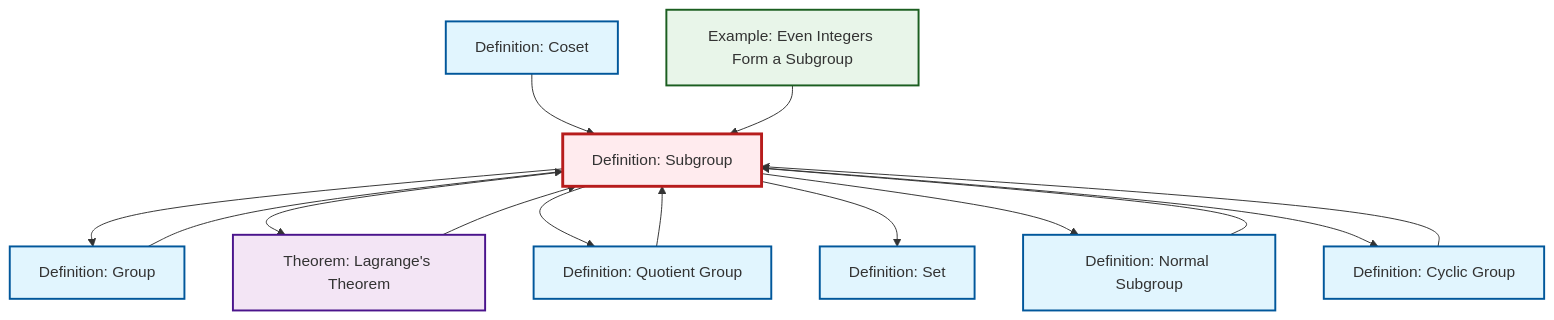
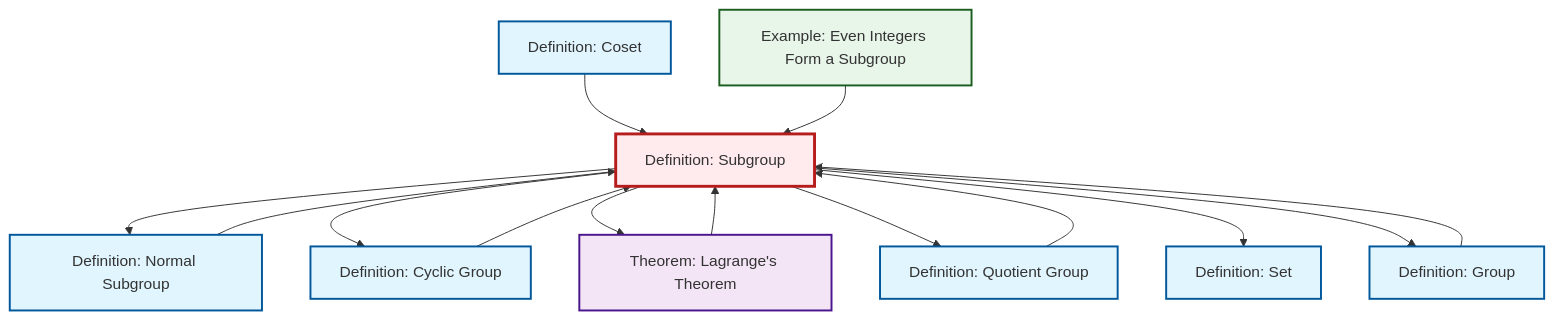
The diagram in content/ja/algebra/def-subgroup.qmd (RK0429/ModernMath), drawn with Mermaid before and after one commit. The commit also changed other lines of this file and 434 other files, not shown here.

````diff
--- a/content/ja/algebra/def-subgroup.qmd
+++ b/content/ja/algebra/def-subgroup.qmd
@@ -53,40 +53,40 @@
 ```{mermaid}
 %%| fig-cap: "Local dependency graph"
 graph TD
     classDef definition fill:#e1f5fe,stroke:#01579b,stroke-width:2px
     classDef theorem fill:#f3e5f5,stroke:#4a148c,stroke-width:2px
     classDef axiom fill:#fff3e0,stroke:#e65100,stroke-width:2px
     classDef example fill:#e8f5e9,stroke:#1b5e20,stroke-width:2px
     classDef current fill:#ffebee,stroke:#b71c1c,stroke-width:3px
+    def-set["Definition: Set"]:::definition
+    def-coset["Definition: Coset"]:::definition
+    def-group["Definition: Group"]:::definition
+    def-normal-subgroup["Definition: Normal Subgroup"]:::definition
+    def-quotient-group["Definition: Quotient Group"]:::definition
+    thm-lagrange["Theorem: Lagrange's Theorem"]:::theorem
     ex-even-integers-subgroup["Example: Even Integers Form a Subgroup"]:::example
     def-cyclic-group["Definition: Cyclic Group"]:::definition
-    def-coset["Definition: Coset"]:::definition
-    def-normal-subgroup["Definition: Normal Subgroup"]:::definition
-    def-quotient-group["Definition: Quotient Group"]:::definition
     def-subgroup["Definition: Subgroup"]:::definition
-    def-group["Definition: Group"]:::definition
-    def-set["Definition: Set"]:::definition
-    thm-lagrange["Theorem: Lagrange's Theorem"]:::theorem
+    def-subgroup --> def-normal-subgroup
     def-coset --> def-subgroup
+    def-subgroup --> def-cyclic-group
+    def-group --> def-subgroup
+    def-cyclic-group --> def-subgroup
+    def-subgroup --> thm-lagrange
     thm-lagrange --> def-subgroup
-    def-group --> def-subgroup
+    def-quotient-group --> def-subgroup
+    def-normal-subgroup --> def-subgroup
+    def-subgroup --> def-quotient-group
+    ex-even-integers-subgroup --> def-subgroup
+    def-subgroup --> def-set
     def-subgroup --> def-group
-    def-normal-subgroup --> def-subgroup
-    def-quotient-group --> def-subgroup
-    ex-even-integers-subgroup --> def-subgroup
-    def-subgroup --> thm-lagrange
-    def-subgroup --> def-quotient-group
-    def-subgroup --> def-set
-    def-subgroup --> def-normal-subgroup
-    def-cyclic-group --> def-subgroup
-    def-subgroup --> def-cyclic-group
     class def-subgroup current
+    click def-set "def-set.html" "Definition: Setへ"
+    click def-coset "def-coset.html" "Definition: Cosetへ"
+    click def-group "def-group.html" "Definition: Groupへ"
+    click def-normal-subgroup "def-normal-subgroup.html" "Definition: Normal Subgroupへ"
+    click def-quotient-group "def-quotient-group.html" "Definition: Quotient Groupへ"
+    click thm-lagrange "thm-lagrange.html" "Theorem: Lagrange's Theoremへ"
     click ex-even-integers-subgroup "ex-even-integers-subgroup.html" "Example: Even Integers Form a Subgroupへ"
     click def-cyclic-group "def-cyclic-group.html" "Definition: Cyclic Groupへ"
-    click def-coset "def-coset.html" "Definition: Cosetへ"
-    click def-normal-subgroup "def-normal-subgroup.html" "Definition: Normal Subgroupへ"
-    click def-quotient-group "def-quotient-group.html" "Definition: Quotient Groupへ"
-    click def-group "def-group.html" "Definition: Groupへ"
-    click def-set "def-set.html" "Definition: Setへ"
-    click thm-lagrange "thm-lagrange.html" "Theorem: Lagrange's Theoremへ"
 ```
````
